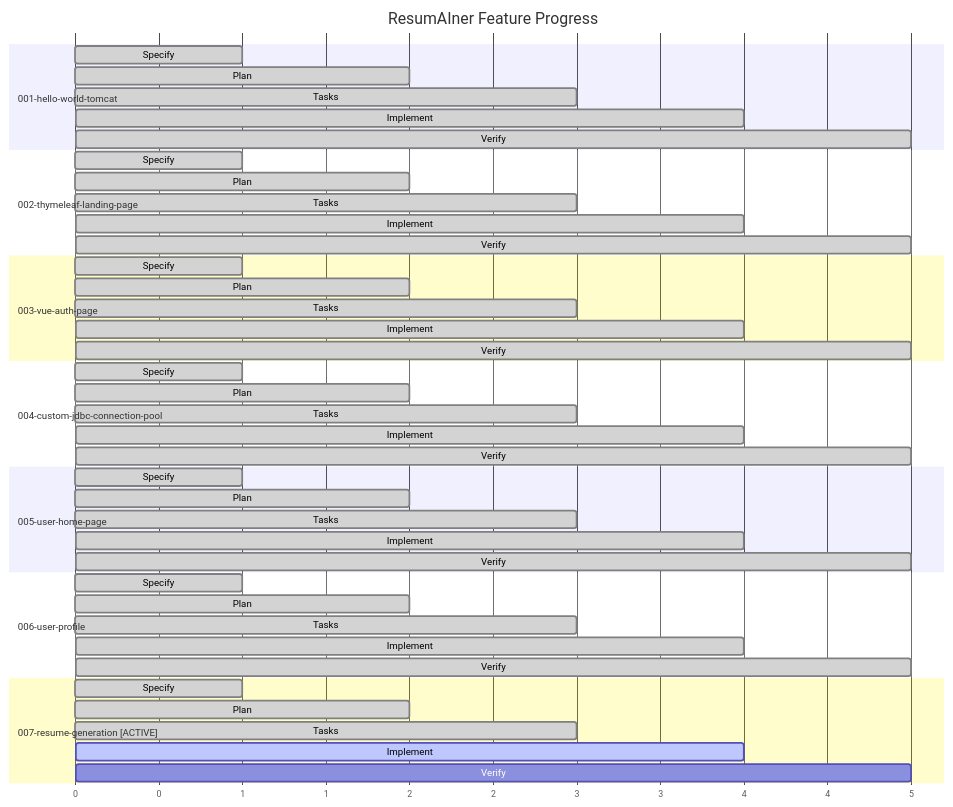
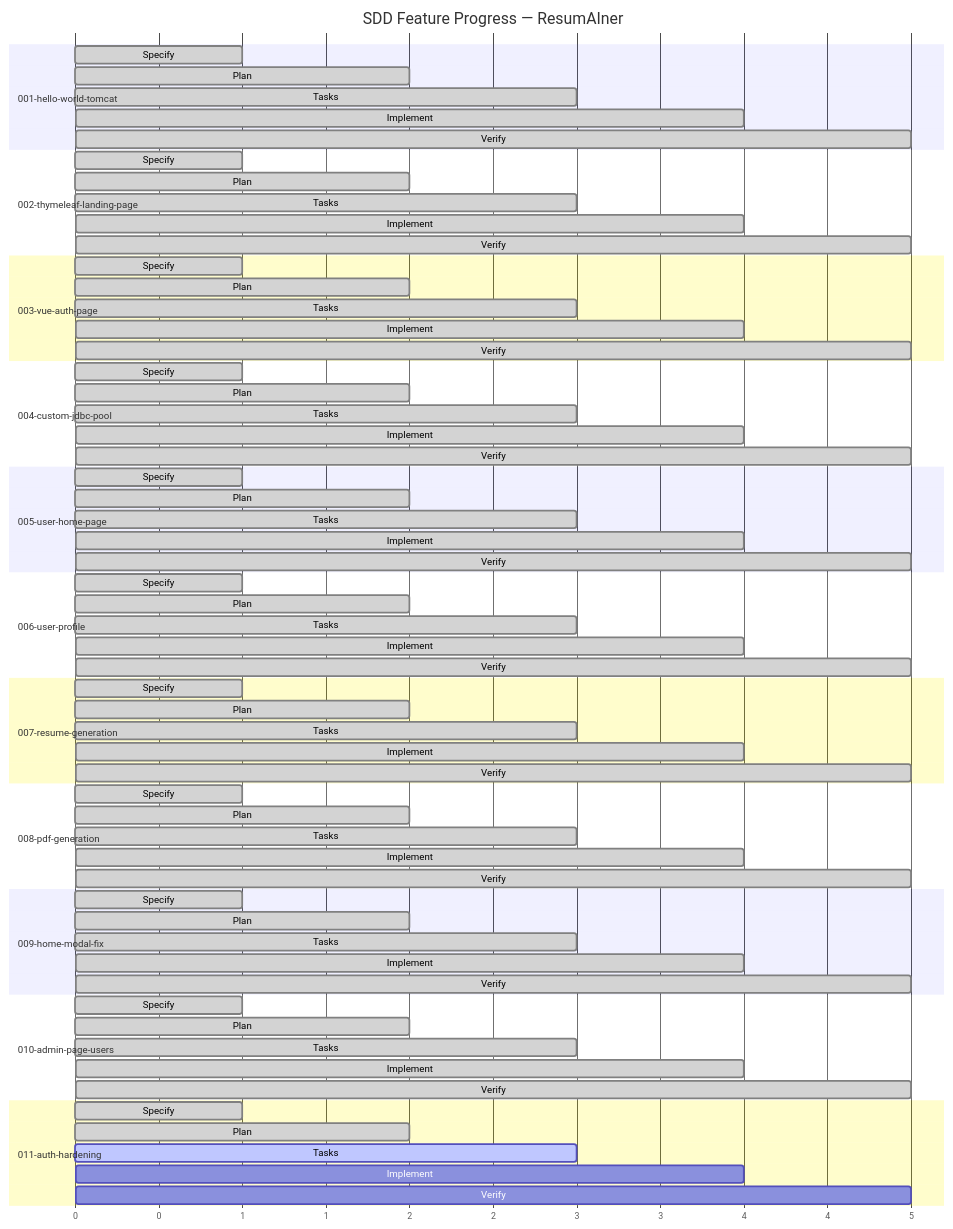
Before and after one commit to Anton-Ch/resumainer-java-vue-web-app: the diagram in specs/feature-progress-diagram.md, drawn with Mermaid. The commit also changed other lines of this file and 1 other file, not shown here.

Commit message:
﻿docs(tasks): add Feature 011 task breakdown and progress dashboard
Add complete task breakdown and progress dashboard for Feature 011

Change summary:
- Add tasks.md v1.0 with 19 phases and 245 checkable tasks
- Add 20 STOP checkpoints for controlled migration execution
- Add execution markers: TDD, CTX7, SERENA, PG-MCP, PW-MCP, SEC, NO-BOOT, NO-PDF-AI
- Add user corrections: No audit-log scope creep, D47 exposure audit discipline, Public endpoint timing discipline
- Update feature-progress-diagram.md with Mermaid Gantt dashboard across all 11 features
- Feature 011 shown at Tasks phase, 9 features complete, 1 merged
- Specification analysis completed -- 0 CRITICAL, 0 HIGH, 2 MEDIUM, 4 LOW issues
- Add .serena/ to .gitignore (tool cache directory)

Note: artifacts derived from spec_input_files draft_tasks.md per user instruction
All 152 FRs implicitly covered by task phases

Next Step: Implementation (/speckit.implement)

````diff
--- a/specs/feature-progress-diagram.md
+++ b/specs/feature-progress-diagram.md
@@ -10,55 +5,83 @@
 ```mermaid
 gantt
-    title ResumAIner Feature Progress
+    title SDD Feature Progress — ResumAIner
     dateFormat X
     axisFormat %s
 
     section 001-hello-world-tomcat
-    Specify     :done, f1s, 0, 1
-    Plan        :done, f1p, 1, 2
-    Tasks       :done, f1t, 2, 3
-    Implement   :done, f1i, 3, 4
-    Verify      :done, f1v, 4, 5
+    Specify :done, s01, 0, 1
+    Plan    :done, p01, 1, 2
+    Tasks   :done, t01, 2, 3
+    Implement :done, i01, 3, 4
+    Verify  :done, v01, 4, 5
 
     section 002-thymeleaf-landing-page
-    Specify     :done, f2s, 0, 1
-    Plan        :done, f2p, 1, 2
-    Tasks       :done, f2t, 2, 3
-    Implement   :done, f2i, 3, 4
-    Verify      :done, f2v, 4, 5
+    Specify :done, s02, 0, 1
+    Plan    :done, p02, 1, 2
+    Tasks   :done, t02, 2, 3
+    Implement :done, i02, 3, 4
+    Verify  :done, v02, 4, 5
 
     section 003-vue-auth-page
-    Specify     :done, f3s, 0, 1
-    Plan        :done, f3p, 1, 2
-    Tasks       :done, f3t, 2, 3
-    Implement   :done, f3i, 3, 4
-    Verify      :done, f3v, 4, 5
+    Specify :done, s03, 0, 1
+    Plan    :done, p03, 1, 2
+    Tasks   :done, t03, 2, 3
+    Implement :done, i03, 3, 4
+    Verify  :done, v03, 4, 5
 
-    section 004-custom-jdbc-connection-pool
-    Specify     :done, f4s, 0, 1
-    Plan        :done, f4p, 1, 2
-    Tasks       :done, f4t, 2, 3
-    Implement   :done, f4i, 3, 4
-    Verify      :done, f4v, 4, 5
+    section 004-custom-jdbc-pool
+    Specify :done, s04, 0, 1
+    Plan    :done, p04, 1, 2
+    Tasks   :done, t04, 2, 3
+    Implement :done, i04, 3, 4
+    Verify  :done, v04, 4, 5
 
     section 005-user-home-page
-    Specify     :done, f5s, 0, 1
-    Plan        :done, f5p, 1, 2
-    Tasks       :done, f5t, 2, 3
-    Implement   :done, f5i, 3, 4
-    Verify      :done, f5v, 4, 5
+    Specify :done, s05, 0, 1
+    Plan    :done, p05, 1, 2
+    Tasks   :done, t05, 2, 3
+    Implement :done, i05, 3, 4
+    Verify  :done, v05, 4, 5
 
     section 006-user-profile
-    Specify     :done, f6s, 0, 1
-    Plan        :done, f6p, 1, 2
-    Tasks       :done, f6t, 2, 3
-    Implement   :done, f6i, 3, 4
-    Verify      :done, f6v, 4, 5
+    Specify :done, s06, 0, 1
+    Plan    :done, p06, 1, 2
+    Tasks   :done, t06, 2, 3
+    Implement :done, i06, 3, 4
+    Verify  :done, v06, 4, 5
 
-    section 007-resume-generation [ACTIVE]
-    Specify     :done, f7s, 0, 1
-    Plan        :done, f7p, 1, 2
-    Tasks       :done, f7t, 2, 3
-    Implement   :active, f7i, 3, 4
-    Verify      :f7v, 4, 5
+    section 007-resume-generation
+    Specify :done, s07, 0, 1
+    Plan    :done, p07, 1, 2
+    Tasks   :done, t07, 2, 3
+    Implement :done, i07, 3, 4
+    Verify  :done, v07, 4, 5
+
+    section 008-pdf-generation
+    Specify :done, s08, 0, 1
+    Plan    :done, p08, 1, 2
+    Tasks   :done, t08, 2, 3
+    Implement :done, i08, 3, 4
+    Verify  :done, v08, 4, 5
+
+    section 009-home-modal-fix
+    Specify :done, s09, 0, 1
+    Plan    :done, p09, 1, 2
+    Tasks   :done, t09, 2, 3
+    Implement :done, i09, 3, 4
+    Verify  :done, v09, 4, 5
+
+    section 010-admin-page-users
+    Specify :done, s10, 0, 1
+    Plan    :done, p10, 1, 2
+    Tasks   :done, t10, 2, 3
+    Implement :done, i10, 3, 4
+    Verify  :done, v10, 4, 5
+
+    section 011-auth-hardening
+    Specify :done, s11, 0, 1
+    Plan    :done, p11, 1, 2
+    Tasks   :active, t11, 2, 3
+    Implement :a11, 3, 4
+    Verify  :v11, 4, 5
 ```
````
